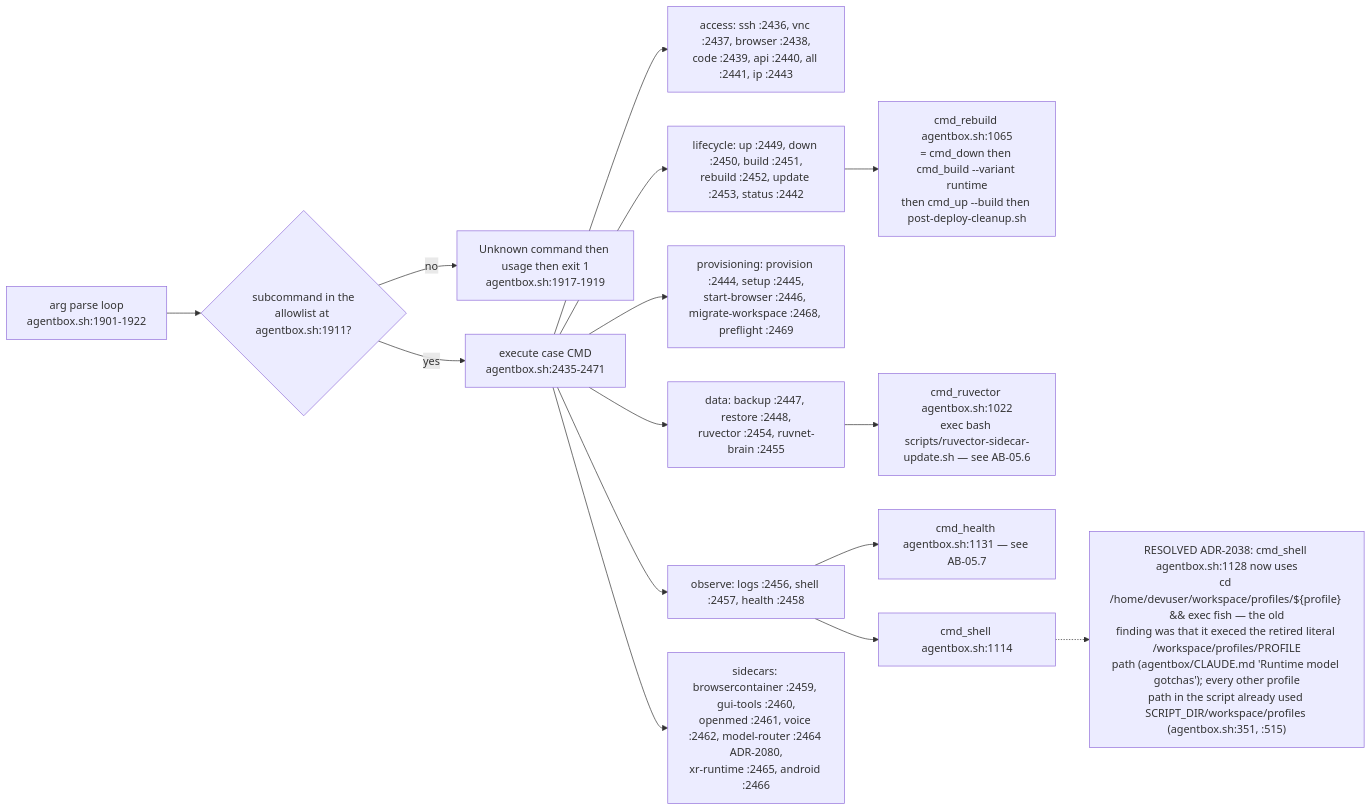
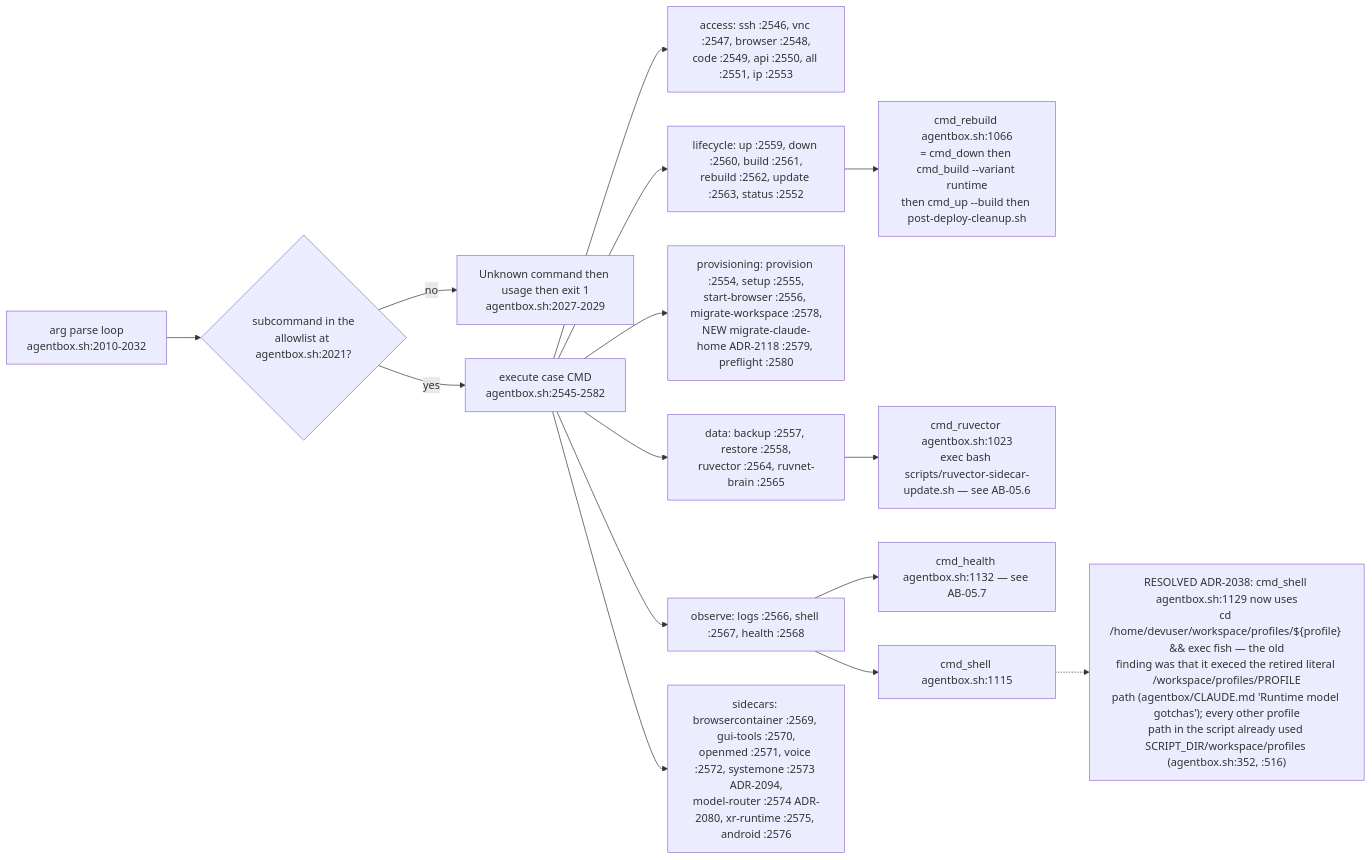
The fifth of 14 diagrams in docs/diagrams/agentbox/05-manifest-gates-and-cli.md (DreamLab-AI/VisionFlow), drawn with Mermaid before and after one commit. The commit also changed other lines of this file and 136 other files, not shown here.

First line of the commit message:
docs(diagrams): refresh the whole corpus to code HEAD and prune low-value diagrams

````diff
--- a/docs/diagrams/agentbox/05-manifest-gates-and-cli.md
+++ b/docs/diagrams/agentbox/05-manifest-gates-and-cli.md
@@ -136,17 +146,17 @@
 ```mermaid
 flowchart LR
-    ARG["arg parse loop<br/>agentbox.sh:1901-1922"] --> AL{"subcommand in the<br/>allowlist at agentbox.sh:1911?"}
-    AL -->|no| ERR["Unknown command then usage then exit 1<br/>agentbox.sh:1917-1919"]
-    AL -->|yes| CASE["execute case CMD<br/>agentbox.sh:2435-2471"]
-    CASE --> G1["access: ssh :2436, vnc :2437, browser :2438,<br/>code :2439, api :2440, all :2441, ip :2443"]
-    CASE --> G2["lifecycle: up :2449, down :2450, build :2451,<br/>rebuild :2452, update :2453, status :2442"]
-    CASE --> G3["provisioning: provision :2444, setup :2445,<br/>start-browser :2446, migrate-workspace :2468, preflight :2469"]
-    CASE --> G4["data: backup :2447, restore :2448,<br/>ruvector :2454, ruvnet-brain :2455"]
-    CASE --> G5["observe: logs :2456, shell :2457, health :2458"]
-    CASE --> G6["sidecars: browsercontainer :2459, gui-tools :2460,<br/>openmed :2461, voice :2462, model-router :2464 ADR-2080,<br/>xr-runtime :2465, android :2466"]
-    G2 --> RB["cmd_rebuild agentbox.sh:1065<br/>= cmd_down then cmd_build --variant runtime<br/>then cmd_up --build then post-deploy-cleanup.sh"]
-    G4 --> RV["cmd_ruvector agentbox.sh:1022<br/>exec bash scripts/ruvector-sidecar-update.sh — see AB-05.6"]
-    G5 --> HL["cmd_health agentbox.sh:1131 — see AB-05.7"]
-    G5 --> SH["cmd_shell agentbox.sh:1114"]
-    SH -.-> RES1["RESOLVED ADR-2038: cmd_shell agentbox.sh:1128 now uses<br/>cd /home/devuser/workspace/profiles/${profile} && exec fish — the old<br/>finding was that it execed the retired literal /workspace/profiles/PROFILE<br/>path (agentbox/CLAUDE.md 'Runtime model gotchas'); every other profile<br/>path in the script already used SCRIPT_DIR/workspace/profiles (agentbox.sh:351, :515)"]
+    ARG["arg parse loop<br/>agentbox.sh:2010-2032"] --> AL{"subcommand in the<br/>allowlist at agentbox.sh:2021?"}
+    AL -->|no| ERR["Unknown command then usage then exit 1<br/>agentbox.sh:2027-2029"]
+    AL -->|yes| CASE["execute case CMD<br/>agentbox.sh:2545-2582"]
+    CASE --> G1["access: ssh :2546, vnc :2547, browser :2548,<br/>code :2549, api :2550, all :2551, ip :2553"]
+    CASE --> G2["lifecycle: up :2559, down :2560, build :2561,<br/>rebuild :2562, update :2563, status :2552"]
+    CASE --> G3["provisioning: provision :2554, setup :2555,<br/>start-browser :2556, migrate-workspace :2578,<br/>NEW migrate-claude-home ADR-2118 :2579, preflight :2580"]
+    CASE --> G4["data: backup :2557, restore :2558,<br/>ruvector :2564, ruvnet-brain :2565"]
+    CASE --> G5["observe: logs :2566, shell :2567, health :2568"]
+    CASE --> G6["sidecars: browsercontainer :2569, gui-tools :2570,<br/>openmed :2571, voice :2572, systemone :2573 ADR-2094,<br/>model-router :2574 ADR-2080, xr-runtime :2575, android :2576"]
+    G2 --> RB["cmd_rebuild agentbox.sh:1066<br/>= cmd_down then cmd_build --variant runtime<br/>then cmd_up --build then post-deploy-cleanup.sh"]
+    G4 --> RV["cmd_ruvector agentbox.sh:1023<br/>exec bash scripts/ruvector-sidecar-update.sh — see AB-05.6"]
+    G5 --> HL["cmd_health agentbox.sh:1132 — see AB-05.7"]
+    G5 --> SH["cmd_shell agentbox.sh:1115"]
+    SH -.-> RES1["RESOLVED ADR-2038: cmd_shell agentbox.sh:1129 now uses<br/>cd /home/devuser/workspace/profiles/${profile} && exec fish — the old<br/>finding was that it execed the retired literal /workspace/profiles/PROFILE<br/>path (agentbox/CLAUDE.md 'Runtime model gotchas'); every other profile<br/>path in the script already used SCRIPT_DIR/workspace/profiles (agentbox.sh:352, :516)"]
 ```
````
